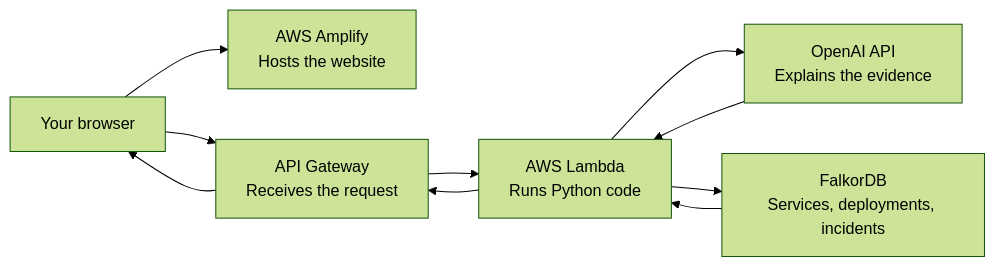
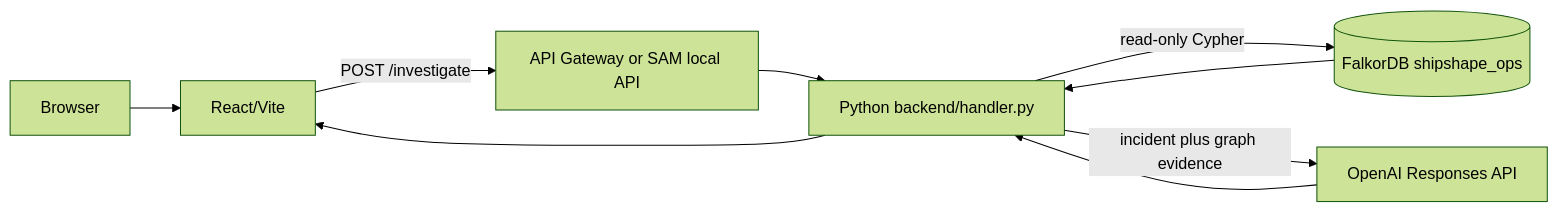
The first of 3 diagrams in architecture.md (Ubayed-Bin-Sufian/ShipShape), drawn with Mermaid (forest theme) before and after one commit. The commit also changed other lines of this file and 1 other file, not shown here.

Commit message:
Document ShipShape Graph submission setup

````diff
--- a/architecture.md
+++ b/architecture.md
@@ -9,19 +7,11 @@
 ```mermaid
 flowchart LR
-    User[Your browser]
-    Website[AWS Amplify\nHosts the website]
-    API[API Gateway\nReceives the request]
-    Lambda[AWS Lambda\nRuns Python code]
-    OpenAI[OpenAI API\nExplains the evidence]
-    Graph[FalkorDB\nServices, deployments, incidents]
-
-    User --> Website
-    User --> API
-    API --> Lambda
-    Lambda --> OpenAI
-    Lambda --> Graph
-    Graph --> Lambda
-    OpenAI --> Lambda
-    Lambda --> API
-    API --> User
+  User[Browser] --> Frontend[React/Vite]
+  Frontend -->|POST /investigate| API[API Gateway or SAM local API]
+  API --> Lambda[Python backend/handler.py]
+  Lambda -->|read-only Cypher| Falkor[(FalkorDB shipshape_ops)]
+  Falkor --> Lambda
+  Lambda -->|incident plus graph evidence| OpenAI[OpenAI Responses API]
+  OpenAI --> Lambda
+  Lambda --> Frontend
 ```
````
